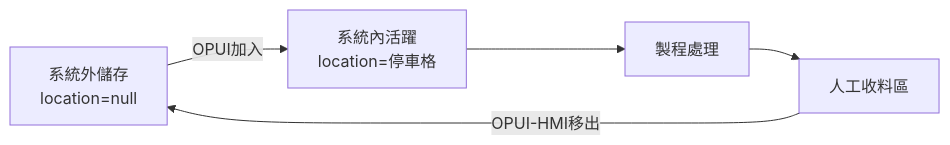
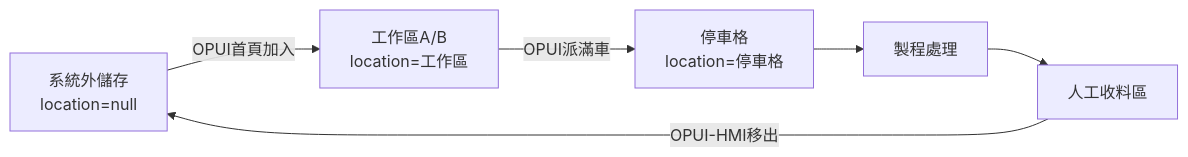
One commit to AKIFALLY/EBD_agv changed the second of 2 diagrams in docs-ai/knowledge/system/manual-rack-management.md. Above: the diagram before and after it, drawn with Mermaid. The commit also changed other lines of this file and 467 other files, not shown here.

````diff
--- a/docs-ai/knowledge/system/manual-rack-management.md
+++ b/docs-ai/knowledge/system/manual-rack-management.md
@@ -119,7 +185,8 @@
 ```mermaid
 graph LR
-    A[系統外儲存<br/>location=null] -->|OPUI加入| B[系統內活躍<br/>location=停車格]
-    B --> C[製程處理]
-    C --> D[人工收料區]
-    D -->|OPUI-HMI移出| A
+    A[系統外儲存<br/>location=null] -->|OPUI首頁加入| B[工作區A/B<br/>location=工作區]
+    B -->|OPUI派滿車| C[停車格<br/>location=停車格]
+    C --> D[製程處理]
+    D --> E[人工收料區]
+    E -->|OPUI-HMI移出| A
 ```
````
